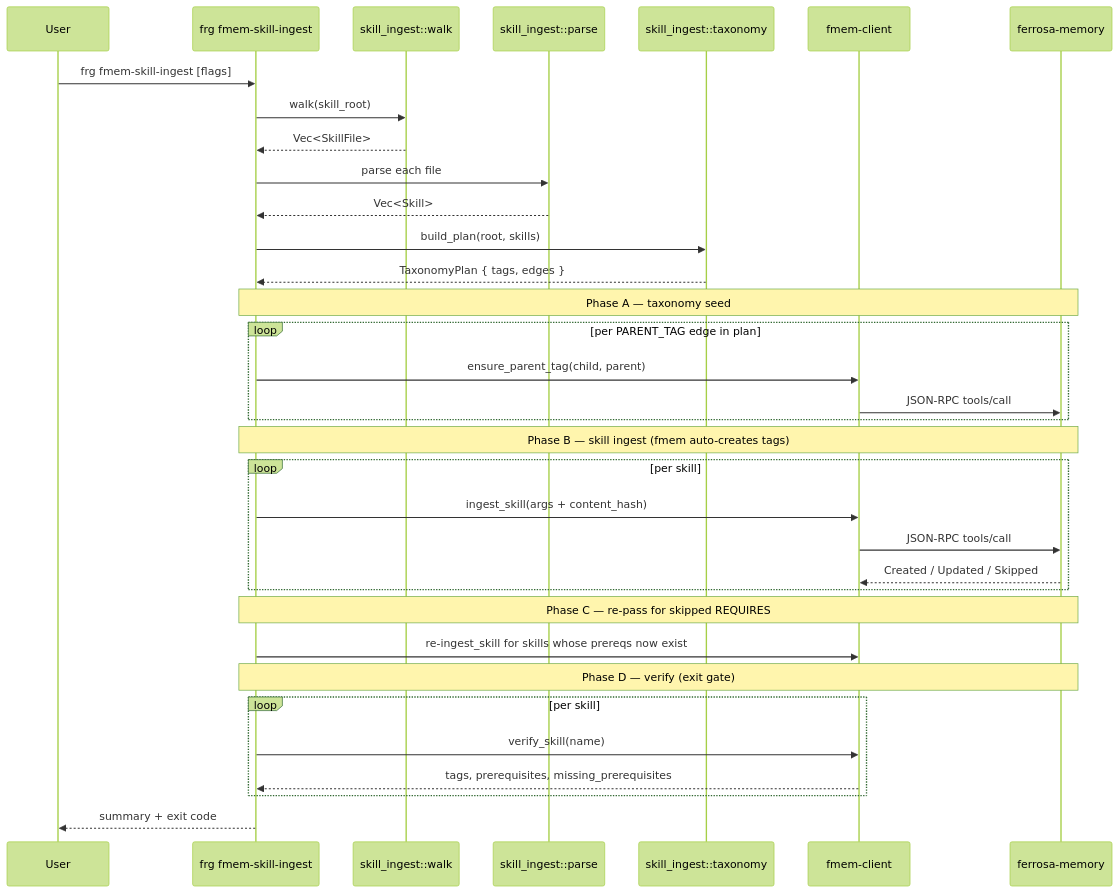
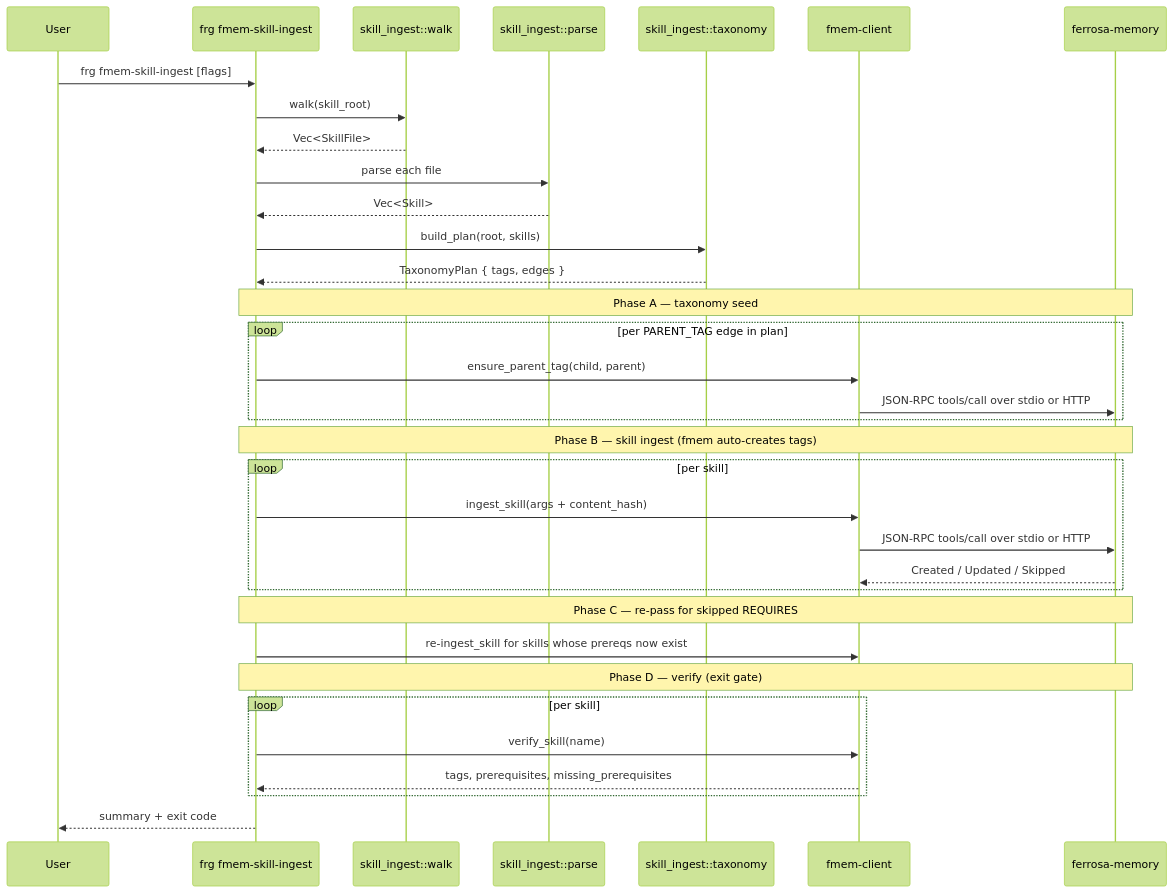
Before and after one commit to ferrosadb/forge: the sixth of 6 diagrams in specs/data-flow.md, drawn with Mermaid (forest theme). The commit also changed other lines of this file and 24 other files, not shown here.

````diff
--- a/specs/data-flow.md
+++ b/specs/data-flow.md
@@ -66,42 +84,42 @@
 ```mermaid
 sequenceDiagram
     participant User
     participant CLI as frg fmem-skill-ingest
     participant Walk as skill_ingest::walk
     participant Parse as skill_ingest::parse
     participant Tax as skill_ingest::taxonomy
     participant Client as fmem-client
     participant Fmem as ferrosa-memory
 
     User->>CLI: frg fmem-skill-ingest [flags]
     CLI->>Walk: walk(skill_root)
     Walk-->>CLI: Vec<SkillFile>
     CLI->>Parse: parse each file
     Parse-->>CLI: Vec<Skill>
     CLI->>Tax: build_plan(root, skills)
     Tax-->>CLI: TaxonomyPlan { tags, edges }
 
     Note over CLI,Fmem: Phase A — taxonomy seed
     loop per PARENT_TAG edge in plan
         CLI->>Client: ensure_parent_tag(child, parent)
-        Client->>Fmem: JSON-RPC tools/call
+        Client->>Fmem: JSON-RPC tools/call over stdio or HTTP
     end
 
     Note over CLI,Fmem: Phase B — skill ingest (fmem auto-creates tags)
     loop per skill
         CLI->>Client: ingest_skill(args + content_hash)
-        Client->>Fmem: JSON-RPC tools/call
+        Client->>Fmem: JSON-RPC tools/call over stdio or HTTP
         Fmem-->>Client: Created / Updated / Skipped
     end
 
     Note over CLI,Fmem: Phase C — re-pass for skipped REQUIRES
     CLI->>Client: re-ingest_skill for skills whose prereqs now exist
 
     Note over CLI,Fmem: Phase D — verify (exit gate)
     loop per skill
         CLI->>Client: verify_skill(name)
         Client-->>CLI: tags, prerequisites, missing_prerequisites
     end
 
     CLI-->>User: summary + exit code
 ```
````
